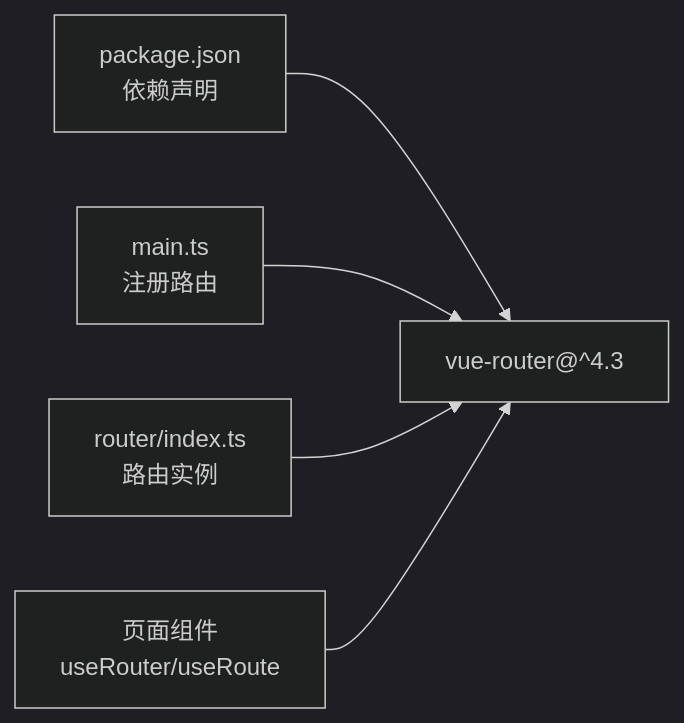
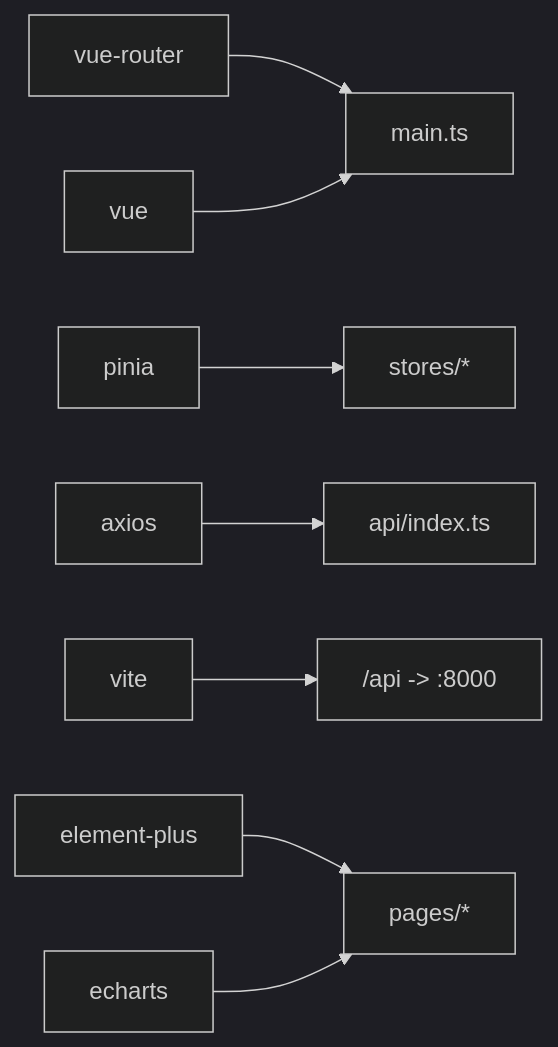
Before and after one commit to We3le7/stock-view: the fourth of 4 diagrams in .qoder/repowiki/zh/content/前端开发/路由系统.md, drawn with Mermaid (dark theme). The commit also changed other lines of this file and 142 other files, not shown here.

````diff
--- a/.qoder/repowiki/zh/content/前端开发/路由系统.md
+++ b/.qoder/repowiki/zh/content/前端开发/路由系统.md
@@ -206,7 +305,10 @@
 ```mermaid
 graph LR
-Pkg["package.json<br/>依赖声明"] --> VR["vue-router@^4.3"]
-Main["main.ts<br/>注册路由"] --> VR
-Router["router/index.ts<br/>路由实例"] --> VR
-Pages["页面组件<br/>useRouter/useRoute"] --> VR
+VR["vue-router"] --> APP["main.ts"]
+VUE["vue"] --> APP
+PINIA["pinia"] --> STORES["stores/*"]
+AXIOS["axios"] --> API["api/index.ts"]
+VITE["vite"] --> PROXY["/api -> :8000"]
+EP["element-plus"] --> PAGES["pages/*"]
+ECHARTS["echarts"] --> PAGES
 ```
````
